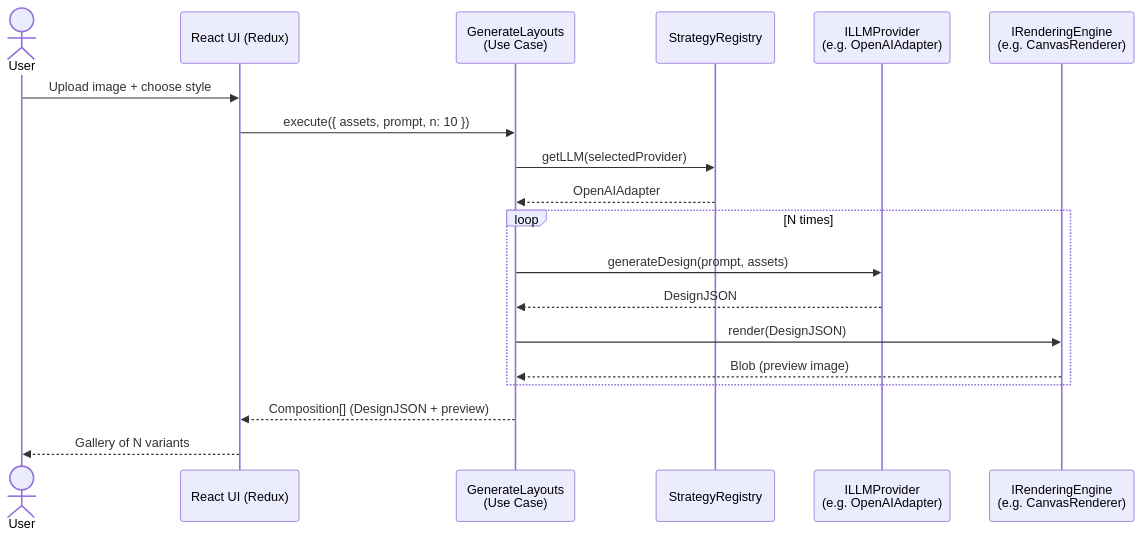
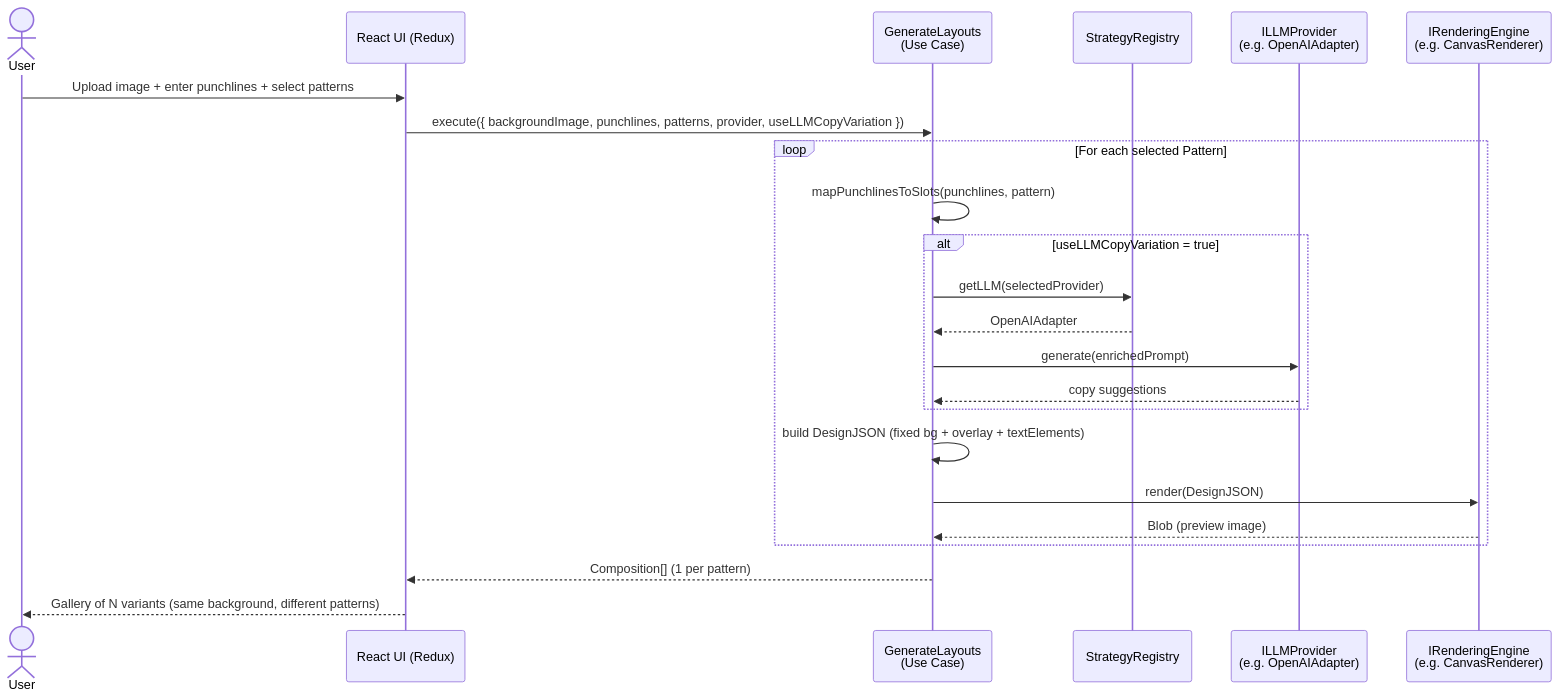
One commit to ZenStudioLab/zen-media-crafter changed the diagram in docs/architecture.md. Above: the diagram before and after it, drawn with Mermaid. The commit also changed other lines of this file and 9 other files, not shown here.

````diff
--- a/docs/architecture.md
+++ b/docs/architecture.md
@@ -123,22 +128,26 @@
 ```mermaid
 sequenceDiagram
     actor User
     participant UI as React UI (Redux)
     participant UC as GenerateLayouts<br/>(Use Case)
     participant Reg as StrategyRegistry
     participant LLM as ILLMProvider<br/>(e.g. OpenAIAdapter)
     participant Ren as IRenderingEngine<br/>(e.g. CanvasRenderer)
 
-    User->>UI: Upload image + choose style
-    UI->>UC: execute({ assets, prompt, n: 10 })
-    UC->>Reg: getLLM(selectedProvider)
-    Reg-->>UC: OpenAIAdapter
-    loop N times
-        UC->>LLM: generateDesign(prompt, assets)
-        LLM-->>UC: DesignJSON
+    User->>UI: Upload image + enter punchlines + select patterns
+    UI->>UC: execute({ backgroundImage, punchlines, patterns, provider, useLLMCopyVariation })
+    loop For each selected Pattern
+        UC->>UC: mapPunchlinesToSlots(punchlines, pattern)
+        alt useLLMCopyVariation = true
+            UC->>Reg: getLLM(selectedProvider)
+            Reg-->>UC: OpenAIAdapter
+            UC->>LLM: generate(enrichedPrompt)
+            LLM-->>UC: copy suggestions
+        end
+        UC->>UC: build DesignJSON (fixed bg + overlay + textElements)
         UC->>Ren: render(DesignJSON)
         Ren-->>UC: Blob (preview image)
     end
-    UC-->>UI: Composition[] (DesignJSON + preview)
-    UI-->>User: Gallery of N variants
+    UC-->>UI: Composition[] (1 per pattern)
+    UI-->>User: Gallery of N variants (same background, different patterns)
 ```
````
